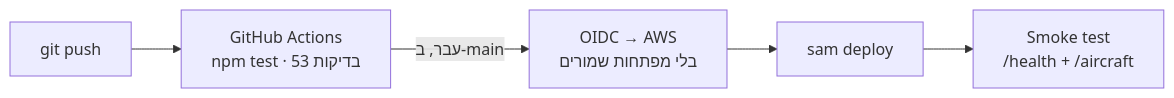
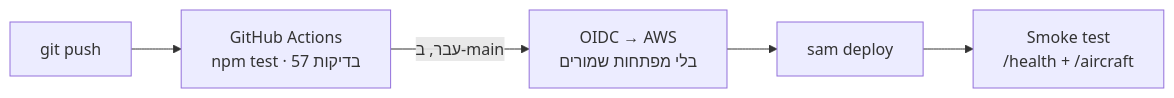
Before and after one commit to ackerme/natbag-monitor: the second of 2 diagrams in README.md, drawn with Mermaid. The commit also changed other lines of this file, not shown here.

````diff
--- a/README.md
+++ b/README.md
@@ -54,7 +82,7 @@
 ```mermaid
 flowchart LR
-    D[git push] --> T[GitHub Actions<br/>npm test · 53 בדיקות]
+    D[git push] --> T[GitHub Actions<br/>npm test · 57 בדיקות]
     T -->|עבר, ב-main| O[OIDC → AWS<br/>בלי מפתחות שמורים]
     O --> S[sam deploy]
     S --> H[Smoke test<br/>/health + /aircraft]
 ```
````
